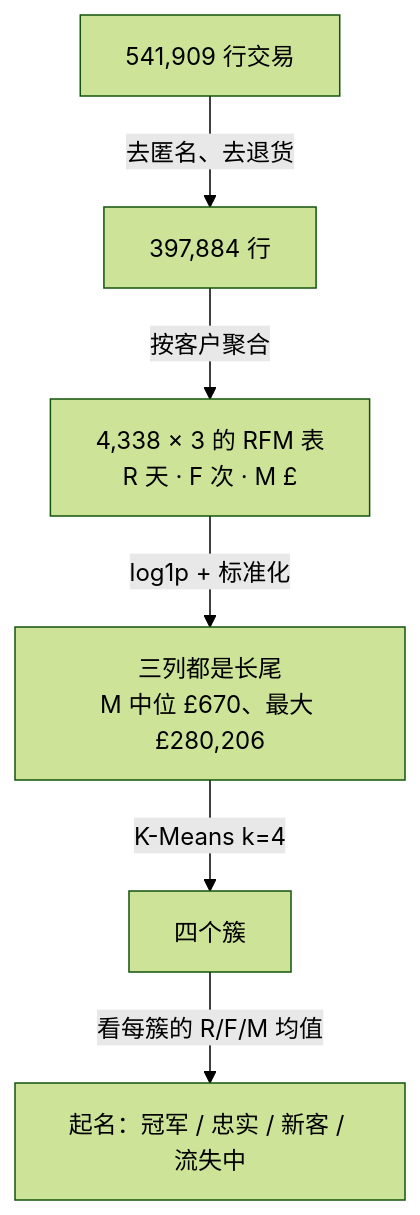
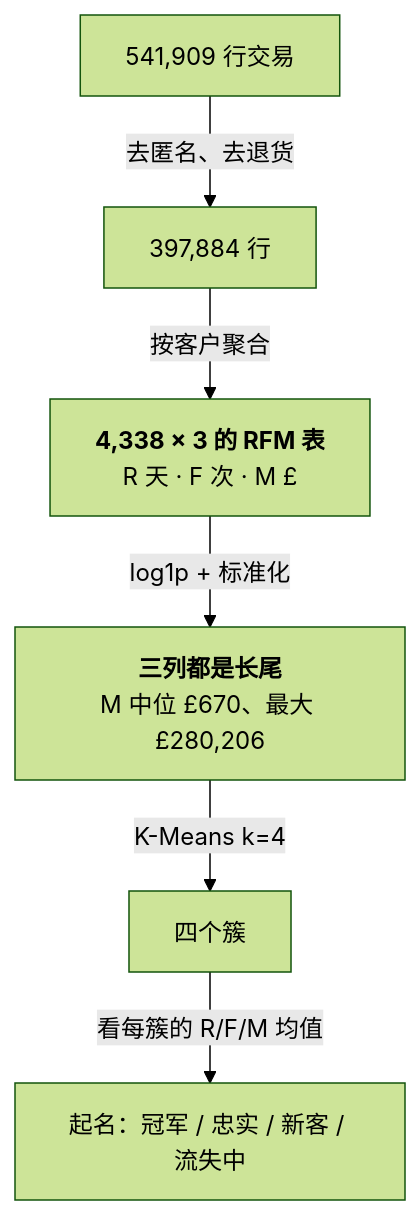
The second of 2 diagrams in _posts/2026-03-06-unsupervised-learning-kmeans-pca-and-embedding-clusters.md (arganzheng/arganzheng.github.com), drawn with Mermaid (forest theme) before and after one commit. The commit also changed other lines of this file and 8 other files, not shown here.

First line of the commit message:
LLM 时代的经典机器学习：只讲它在哪里重现：Mermaid 多行方框的首行标为标题（9 篇）

````diff
--- a/_posts/2026-03-06-unsupervised-learning-kmeans-pca-and-embedding-clusters.md
+++ b/_posts/2026-03-06-unsupervised-learning-kmeans-pca-and-embedding-clusters.md
@@ -487,9 +487,9 @@
 ```mermaid
 %% 图：从 54 万行交易到四群客户
 flowchart TB
     T["541,909 行交易"] -->|去匿名、去退货| T2["397,884 行"]
-    T2 -->|按客户聚合| R["4,338 × 3 的 RFM 表<br/>R 天 · F 次 · M £"]
-    R -->|log1p + 标准化| S["三列都是长尾<br/>M 中位 £670、最大 £280,206"]
+    T2 -->|按客户聚合| R["<b>4,338 × 3 的 RFM 表</b><br/>R 天 · F 次 · M £"]
+    R -->|log1p + 标准化| S["<b>三列都是长尾</b><br/>M 中位 £670、最大 £280,206"]
     S -->|K-Means k=4| K["四个簇"]
     K -->|看每簇的 R/F/M 均值| N["起名：冠军 / 忠实 / 新客 / 流失中"]
 ```
````
